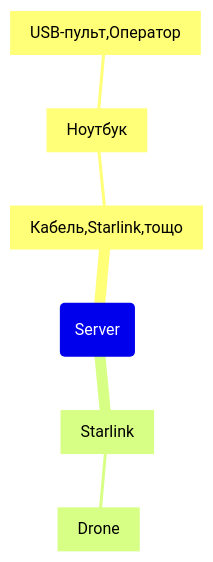
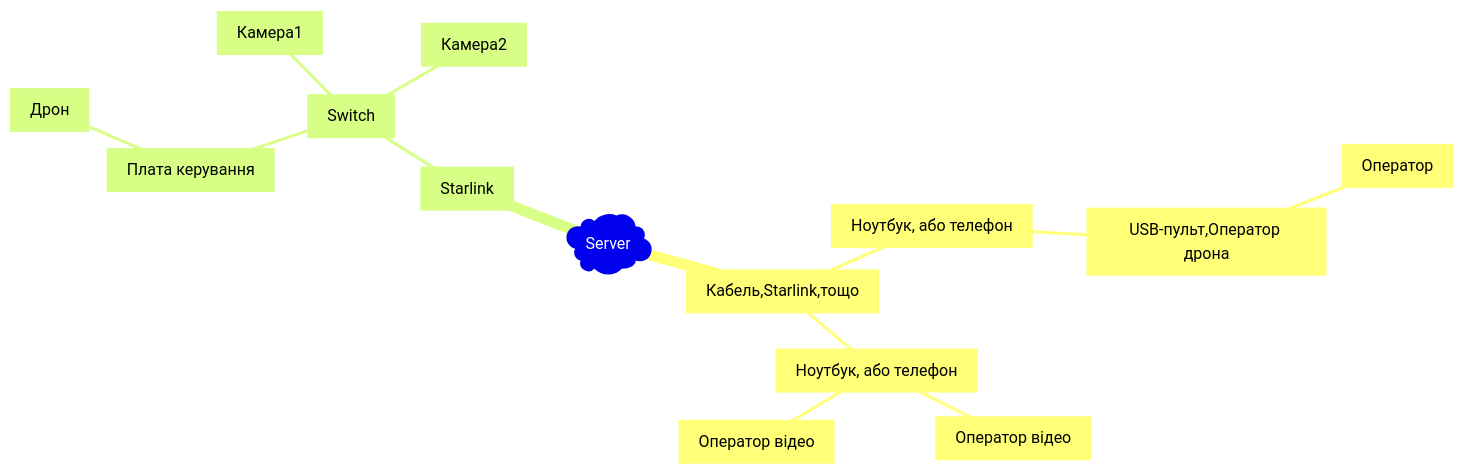
The diagram in README.md (baden/startlink), drawn with Mermaid before and after one commit. The commit also changed other lines of this file and 3 other files, not shown here.

````diff
--- a/README.md
+++ b/README.md
@@ -10,9 +10,17 @@
 ```mermaid
 mindmap
-Root(Server)
+Root)Server(
     S[Кабель,Starlink,тощо]
-        N[Ноутбук]
-            O[USB-пульт,Оператор]
+        N[Ноутбук, або телефон]
+            O[USB-пульт,Оператор дрона]
+                U[Оператор]
+        N[Ноутбук, або телефон]
+            O[Оператор відео]
+            O[Оператор відео]
     S[Starlink]
-        D[Drone]
+        R[Switch]
+            L[Плата керування]
+                D[Дрон]
+            C[Камера1]
+            C[Камера2]
 ```
````
